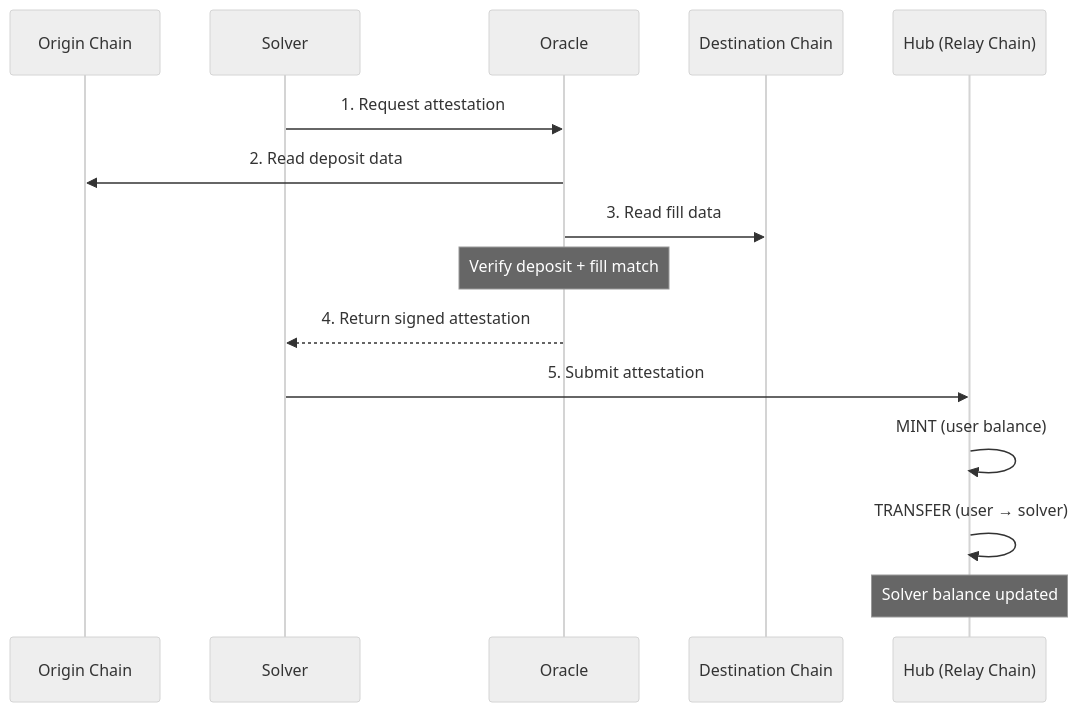
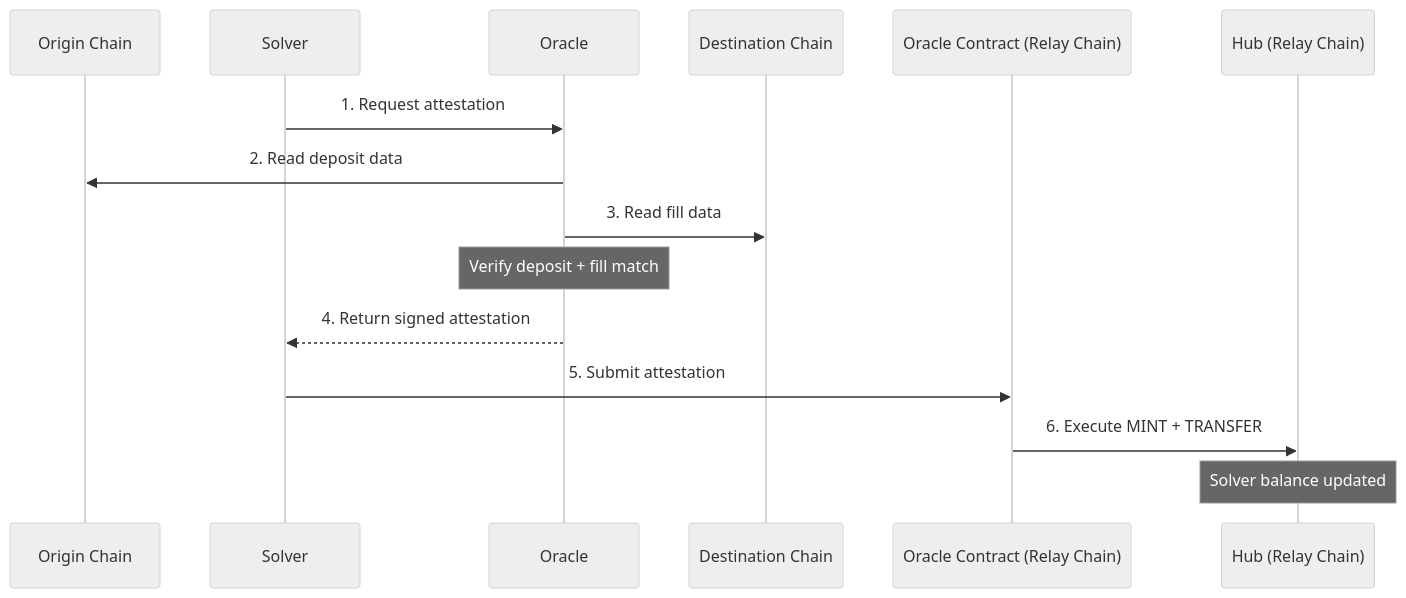
Before and after one commit to relayprotocol/relay-docs: the third of 5 diagrams in references/protocol/how-it-works.mdx, drawn with Mermaid (neutral theme). The commit also changed other lines of this file and 4 other files, not shown here.

Commit message:
Correct high-level protocol flow docs

````diff
--- a/references/protocol/how-it-works.mdx
+++ b/references/protocol/how-it-works.mdx
@@ -89,18 +89,18 @@
 ```mermaid
 sequenceDiagram
     participant Origin as Origin Chain
     participant Solver
     participant Oracle
     participant Dest as Destination Chain
+    participant OC as Oracle Contract (Relay Chain)
     participant Hub as Hub (Relay Chain)
 
     Solver->>Oracle: 1. Request attestation
     Oracle->>Origin: 2. Read deposit data
     Oracle->>Dest: 3. Read fill data
     Note over Oracle: Verify deposit + fill match
     Oracle-->>Solver: 4. Return signed attestation
-    Solver->>Hub: 5. Submit attestation
-    Hub->>Hub: MINT (user balance)
-    Hub->>Hub: TRANSFER (user → solver)
+    Solver->>OC: 5. Submit attestation
+    OC->>Hub: 6. Execute MINT + TRANSFER
     Note over Hub: Solver balance updated
 ```
````
